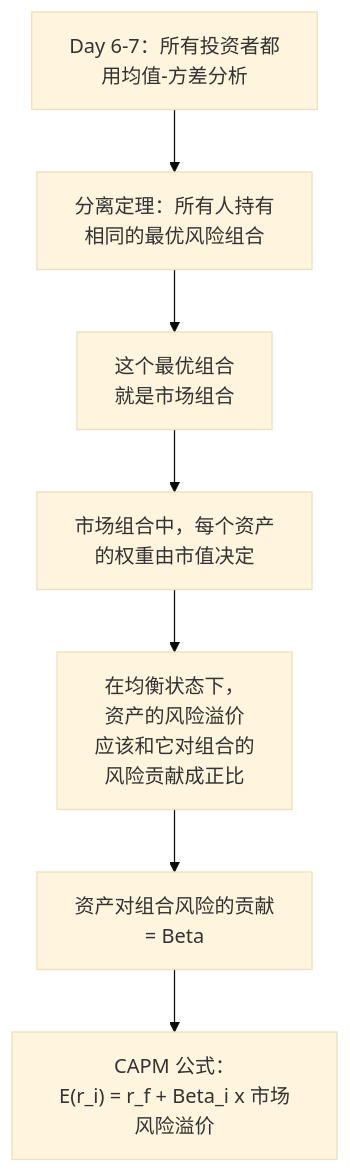
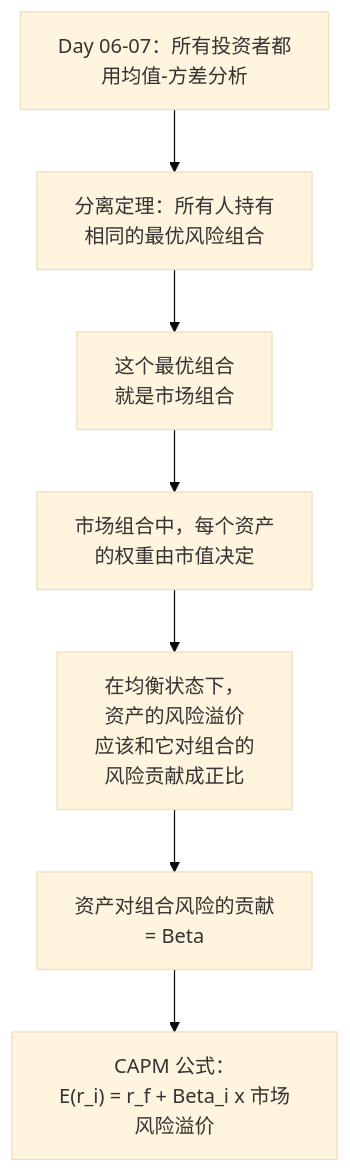
Before and after one commit to cxmokai/factor-investing-study: the second of 4 diagrams in 金融基础/讲义/Day08-CAPM资本资产定价模型.md, drawn with Mermaid (base theme). The commit also changed other lines of this file and 16 other files, not shown here.

````diff
--- a/金融基础/讲义/Day08-CAPM资本资产定价模型.md
+++ b/金融基础/讲义/Day08-CAPM资本资产定价模型.md
@@ -217,9 +217,9 @@
 ```mermaid
 graph TD
-    A["Day 6-7：所有投资者都<br>用均值-方差分析"] --> B["分离定理：所有人持有<br>相同的最优风险组合"]
+    A["Day 06-07：所有投资者都<br>用均值-方差分析"] --> B["分离定理：所有人持有<br>相同的最优风险组合"]
     B --> C["这个最优组合<br>就是市场组合"]
     C --> D["市场组合中，每个资产<br>的权重由市值决定"]
     D --> E["在均衡状态下，<br>资产的风险溢价<br>应该和它对组合的<br>风险贡献成正比"]
     E --> F["资产对组合风险的贡献<br>= Beta"]
     F --> G["CAPM 公式：<br>E(r_i) = r_f + Beta_i x 市场风险溢价"]
 ```
````
